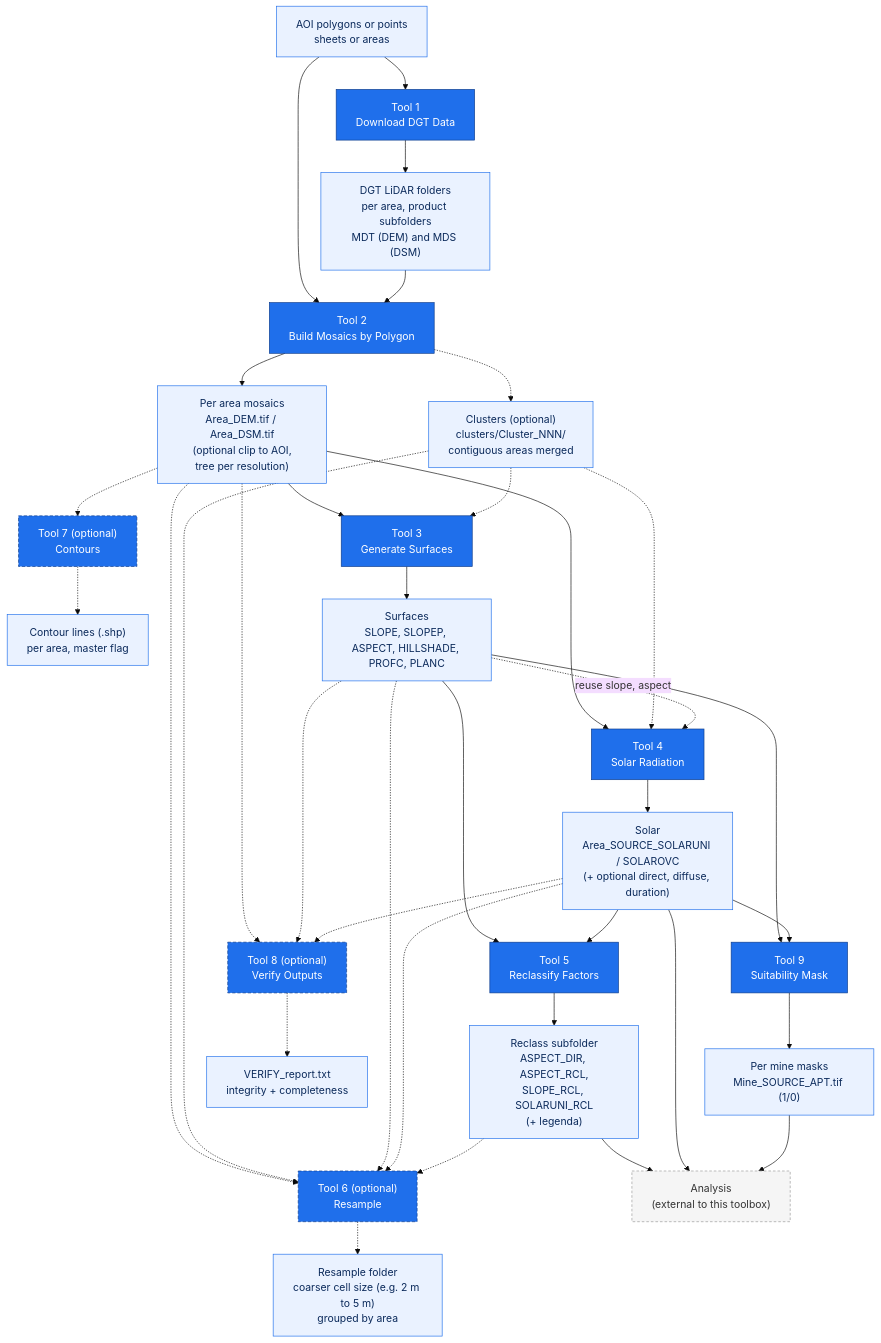
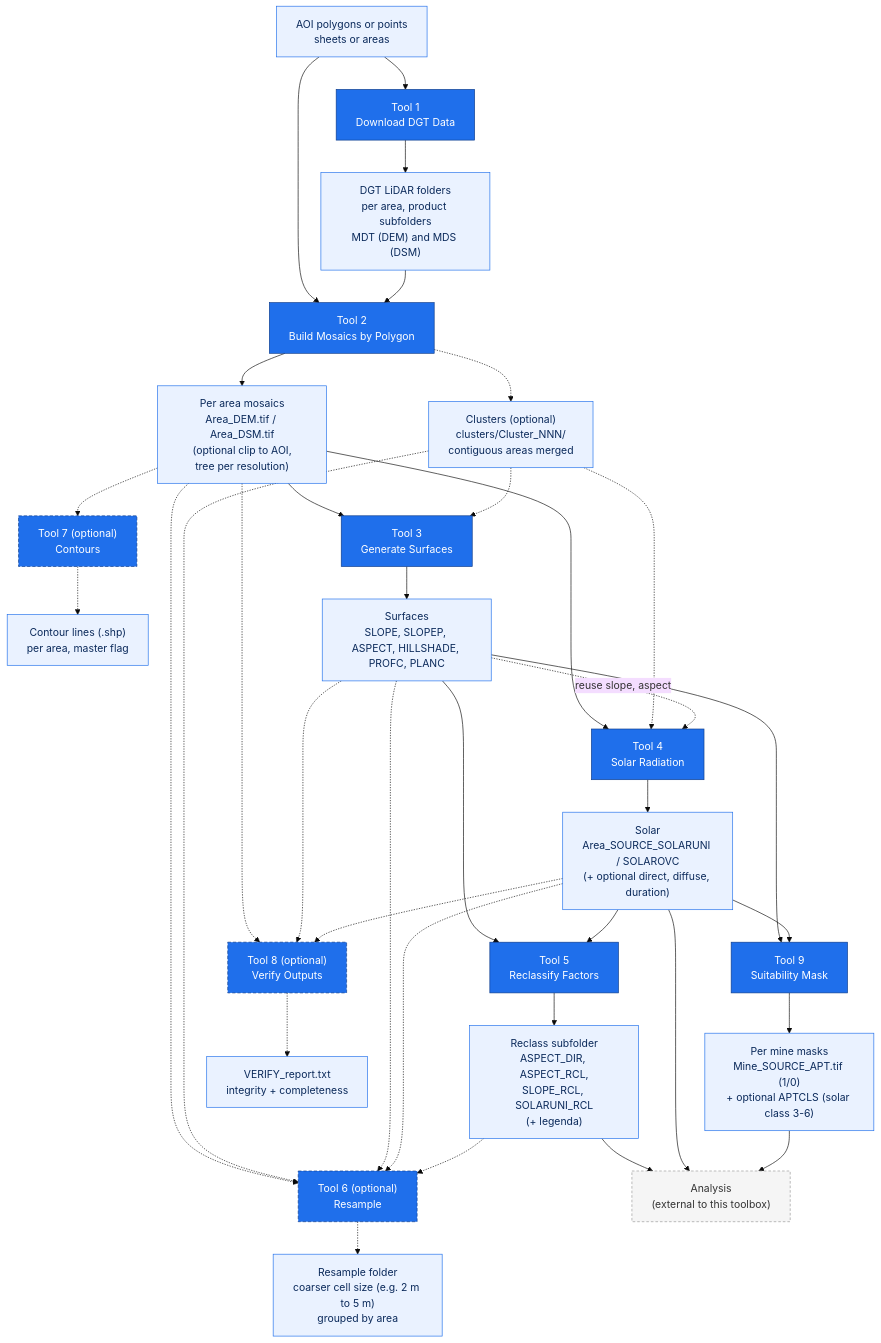
The diagram in README.md (PedroMMGoncalves/lidar-terrain-arcgis-tools), drawn with Mermaid (base theme) before and after one commit. The commit also changed other lines of this file, not shown here.

````diff
--- a/README.md
+++ b/README.md
@@ -58,48 +58,48 @@
 ```mermaid
 flowchart TD
     AOI["AOI polygons or points<br/>sheets or areas"]
     AOI --> TDL["Tool 1<br/>Download DGT Data"]
     TDL --> LID["DGT LiDAR folders<br/>per area, product subfolders<br/>MDT (DEM) and MDS (DSM)"]
     AOI --> T1
     LID --> T1
     T1["Tool 2<br/>Build Mosaics by Polygon"]
     T1 --> M["Per area mosaics<br/>Area_DEM.tif / Area_DSM.tif<br/>(optional clip to AOI,<br/>tree per resolution)"]
     T1 -.-> CL["Clusters (optional)<br/>clusters/Cluster_NNN/<br/>contiguous areas merged"]
     M --> T2["Tool 3<br/>Generate Surfaces"]
     M --> T3["Tool 4<br/>Solar Radiation"]
     M -.-> T5["Tool 6 (optional)<br/>Resample"]
     M -.-> CT["Tool 7 (optional)<br/>Contours"]
     CT -.-> CO["Contour lines (.shp)<br/>per area, master flag"]
     CL -.-> T2
     CL -.-> T3
     CL -.-> T5
     T2 --> S["Surfaces<br/>SLOPE, SLOPEP, ASPECT, HILLSHADE, PROFC, PLANC"]
     S -.->|reuse slope, aspect| T3
     T3 --> SOL["Solar<br/>Area_SOURCE_SOLARUNI / SOLAROVC<br/>(+ optional direct, diffuse, duration)"]
     T5 -.-> RS["Resample folder<br/>coarser cell size (e.g. 2 m to 5 m)<br/>grouped by area"]
     S -.-> T5
     SOL -.-> T5
     RCL -.-> T5
     S --> T4["Tool 5<br/>Reclassify Factors"]
     SOL --> T4
     T4 --> RCL["Reclass subfolder<br/>ASPECT_DIR, ASPECT_RCL,<br/>SLOPE_RCL, SOLARUNI_RCL<br/>(+ legenda)"]
     S --> T9["Tool 9<br/>Suitability Mask"]
     SOL --> T9
-    T9 --> APT["Per mine masks<br/>Mine_SOURCE_APT.tif (1/0)"]
+    T9 --> APT["Per mine masks<br/>Mine_SOURCE_APT.tif (1/0)<br/>+ optional APTCLS (solar class 3-6)"]
     M -.-> V8["Tool 8 (optional)<br/>Verify Outputs"]
     S -.-> V8
     SOL -.-> V8
     V8 -.-> REP["VERIFY_report.txt<br/>integrity + completeness"]
     RCL --> EXT["Analysis<br/>(external to this toolbox)"]
     SOL --> EXT
     APT --> EXT
 
     classDef tool fill:#1f6feb,stroke:#0d3b8a,color:#ffffff;
     classDef opttool fill:#1f6feb,stroke:#0d3b8a,color:#ffffff,stroke-dasharray:5 3;
     classDef data fill:#eaf2ff,stroke:#1f6feb,color:#0b2a5b;
     classDef ext fill:#f5f5f5,stroke:#999999,color:#333333,stroke-dasharray:4 3;
     class TDL,T1,T2,T3,T4,T9 tool;
     class T5,CT,V8 opttool;
     class AOI,LID,M,S,SOL,RCL,RS,CL,CO,APT,REP data;
     class EXT ext;
 ```
````
